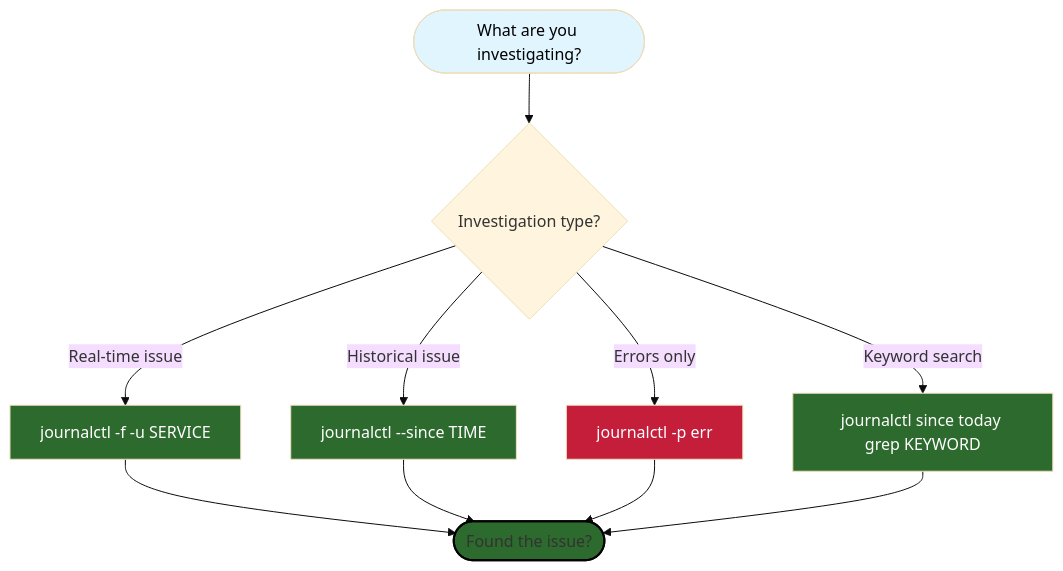
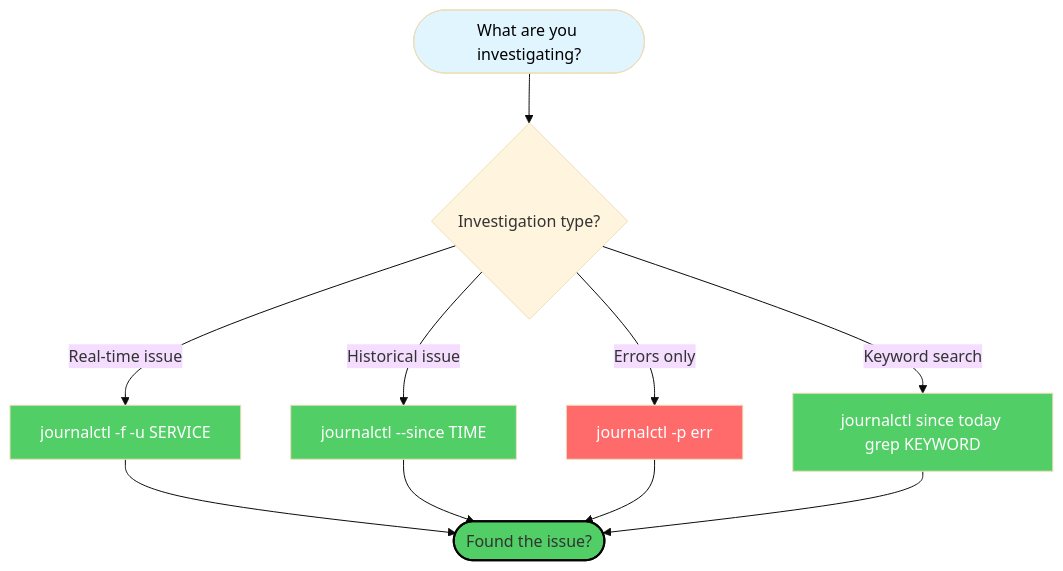
Before and after one commit to ouegy/triple-screen-docs: the diagram in docs/SOPs/SOP-002-log-monitoring.md, drawn with Mermaid (base theme). The commit also changed 5 other files, not shown here.

````diff
--- a/docs/SOPs/SOP-002-log-monitoring.md
+++ b/docs/SOPs/SOP-002-log-monitoring.md
@@ -49,23 +49,23 @@
 ```mermaid
 graph TD
     Start([What are you investigating?]) --> Question{Investigation type?}
 
     Question -->|Real-time issue| RealTime[journalctl -f -u SERVICE]
     Question -->|Historical issue| Historical[journalctl --since TIME]
     Question -->|Errors only| Errors[journalctl -p err]
     Question -->|Keyword search| Keyword[journalctl since today grep KEYWORD]
 
     RealTime --> Found
     Historical --> Found
     Errors --> Found
     Keyword --> Found
 
     Found([Found the issue?])
 
     style Start fill:#e1f5ff,color:#000
-    style Found fill:#2d6a2d,color:#fff !important,stroke:#000,stroke-width:2px
-    style RealTime fill:#2d6a2d,color:#fff
-    style Historical fill:#2d6a2d,color:#fff
-    style Errors fill:#c41e3a,color:#fff
-    style Keyword fill:#2d6a2d,color:#fff
+    style Found fill:#51cf66,color:#fff !important,stroke:#000,stroke-width:2px
+    style RealTime fill:#51cf66,color:#fff
+    style Historical fill:#51cf66,color:#fff
+    style Errors fill:#ff6b6b,color:#fff
+    style Keyword fill:#51cf66,color:#fff
 ```
````
